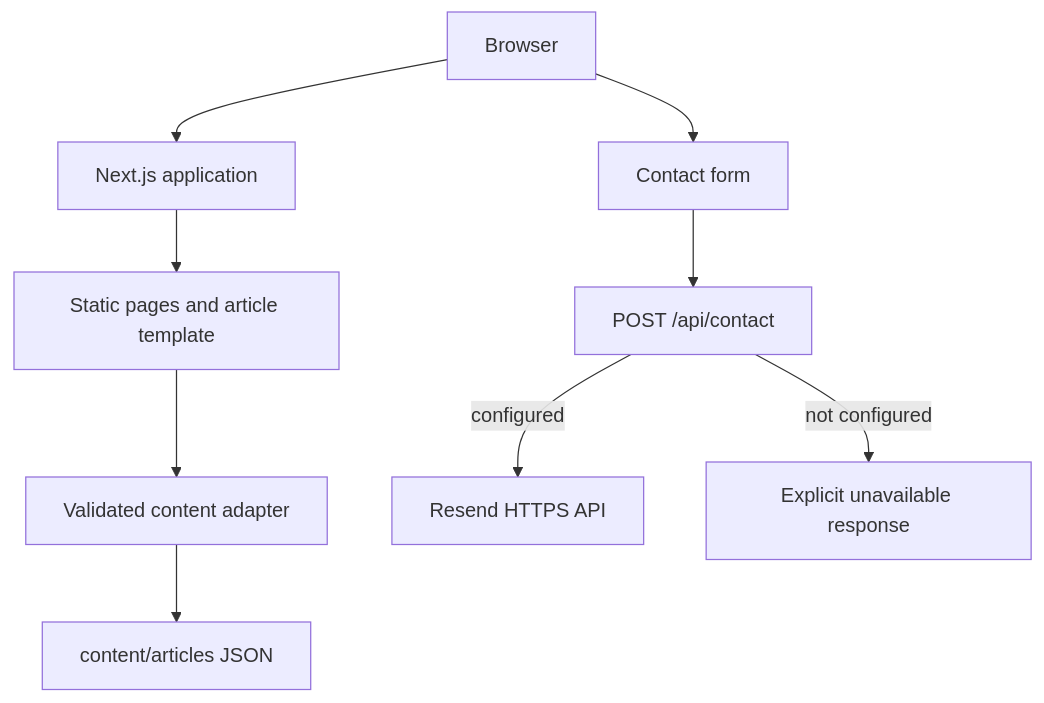
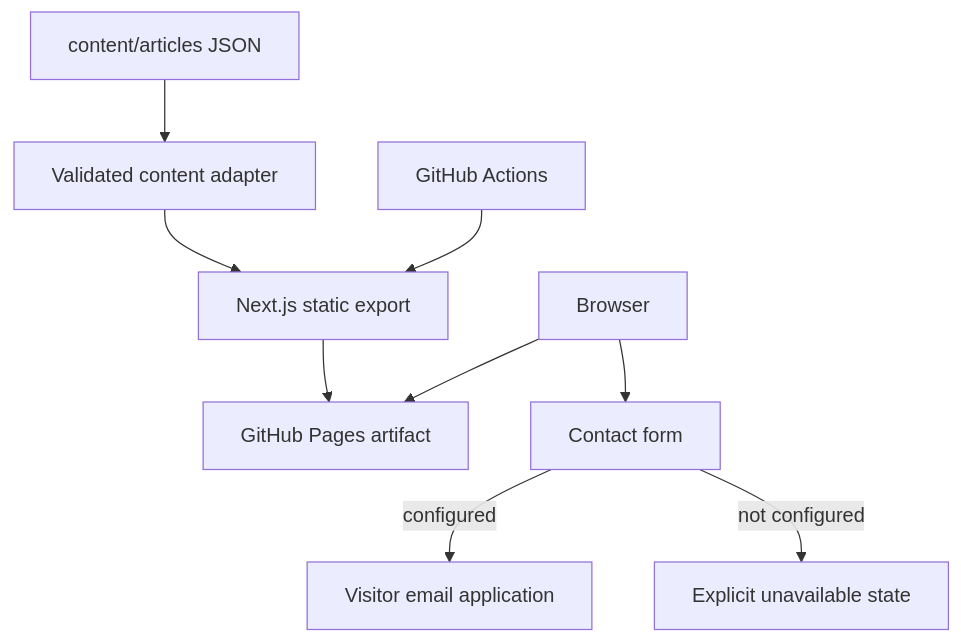
The diagram in docs/ARCHITECTURE.md (f00di/herhealthbloom), drawn with Mermaid before and after one commit. The commit also changed other lines of this file and 48 other files, not shown here.

````diff
--- a/docs/ARCHITECTURE.md
+++ b/docs/ARCHITECTURE.md
@@ -89,11 +88,11 @@
 ```mermaid
 flowchart TD
-  B[Browser] --> N[Next.js application]
-  N --> P[Static pages and article template]
-  P --> L[Validated content adapter]
-  L --> J[content/articles JSON]
+  J[content/articles JSON] --> L[Validated content adapter]
+  L --> N[Next.js static export]
+  G[GitHub Actions] --> N
+  N --> P[GitHub Pages artifact]
+  B[Browser] --> P
   B --> C[Contact form]
-  C --> A[POST /api/contact]
-  A -->|configured| R[Resend HTTPS API]
-  A -->|not configured| U[Explicit unavailable response]
+  C -->|configured| E[Visitor email application]
+  C -->|not configured| U[Explicit unavailable state]
 ```
````
